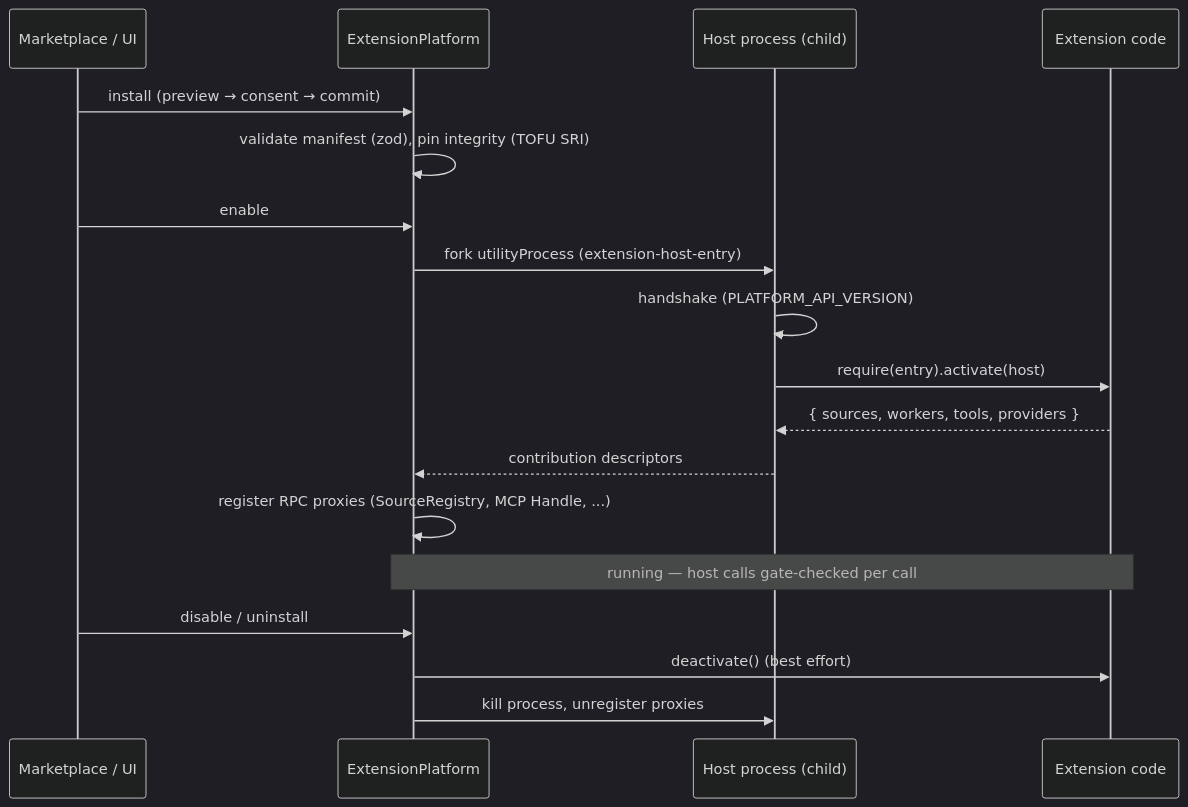
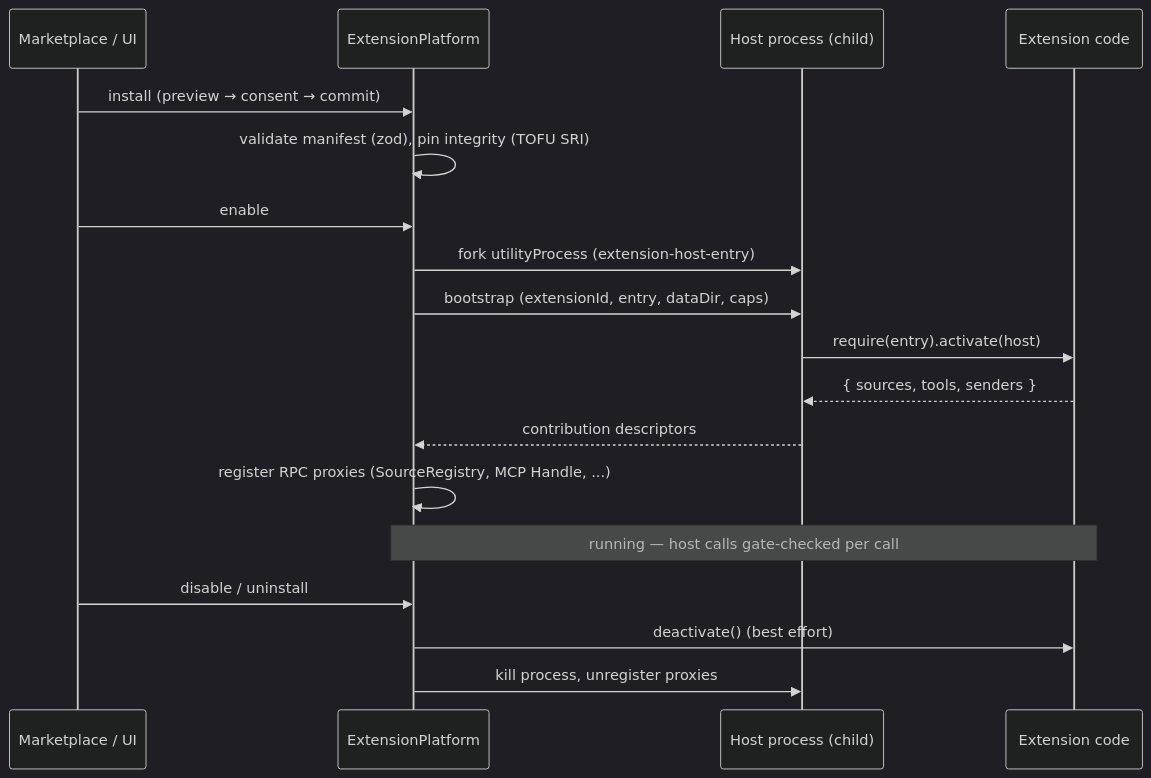
Before and after one commit to edjafarov/kiagent-core: the second of 2 diagrams in docs/architecture/extension-platform.md, drawn with Mermaid (dark theme). The commit also changed other lines of this file and 18 other files, not shown here.

First line of the commit message:
feat(platform)!: PLATFORM_API 2.0.0 — strict manifests, explicit senders

````diff
--- a/docs/architecture/extension-platform.md
+++ b/docs/architecture/extension-platform.md
@@ -110,21 +108,21 @@
 ```mermaid
 sequenceDiagram
     participant M as Marketplace / UI
     participant P as ExtensionPlatform
     participant H as Host process (child)
     participant E as Extension code
 
     M->>P: install (preview → consent → commit)
     P->>P: validate manifest (zod), pin integrity (TOFU SRI)
     M->>P: enable
     P->>H: fork utilityProcess (extension-host-entry)
-    H->>H: handshake (PLATFORM_API_VERSION)
+    P->>H: bootstrap (extensionId, entry, dataDir, caps)
     H->>E: require(entry).activate(host)
-    E-->>H: { sources, workers, tools, providers }
+    E-->>H: { sources, tools, senders }
     H-->>P: contribution descriptors
     P->>P: register RPC proxies (SourceRegistry, MCP Handle, ...)
     Note over P,E: running — host calls gate-checked per call
     M->>P: disable / uninstall
     P->>E: deactivate() (best effort)
     P->>H: kill process, unregister proxies
 ```
````
